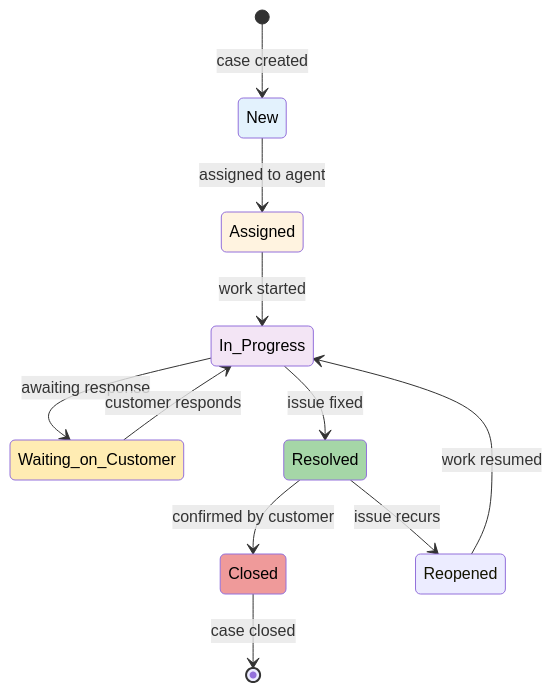
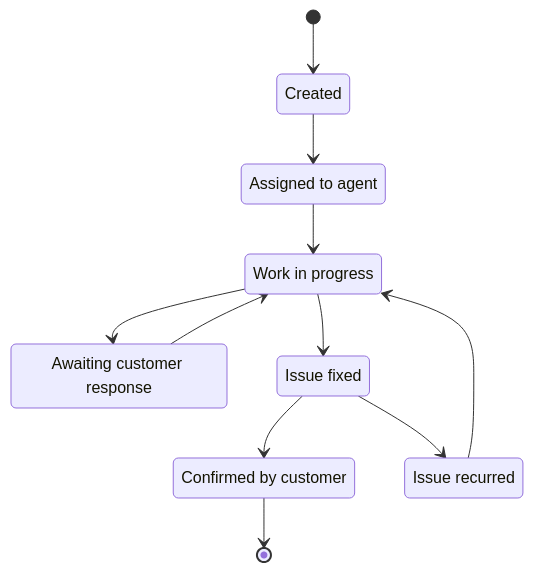
Before and after one commit to eltonaguiar/ServiceNow_Learning_TSOM-_CSM_FSM_SalesCRM_HAM_ITSM: the sixth of 7 diagrams in docs/modules/sales-crm/sales-crm-guide.md, drawn with Mermaid. The commit also changed other lines of this file, not shown here.

Commit message:
Fix stateDiagram-v2 syntax in Diagram 1 and Diagram 6

````diff
--- a/docs/modules/sales-crm/sales-crm-guide.md
+++ b/docs/modules/sales-crm/sales-crm-guide.md
@@ -665,20 +685,21 @@
 ```mermaid
 stateDiagram-v2
-    [*] --> New : case created
-    New --> Assigned : assigned to agent
-    Assigned --> In_Progress : work started
-    In_Progress --> Waiting_on_Customer : awaiting response
-    Waiting_on_Customer --> In_Progress : customer responds
-    In_Progress --> Resolved : issue fixed
-    Resolved --> Closed : confirmed by customer
-    Resolved --> Reopened : issue recurs
-    Reopened --> In_Progress : work resumed
-    Closed --> [*] : case closed
+    [*] --> New
+    New --> Assigned
+    Assigned --> In_Progress
+    In_Progress --> Waiting_on_Customer
+    Waiting_on_Customer --> In_Progress
+    In_Progress --> Resolved
+    Resolved --> Closed
+    Resolved --> Reopened
+    Reopened --> In_Progress
+    Closed --> [*]
 
-    style New fill:#e3f2fd,color:#000
-    style Assigned fill:#fff3e0,color:#000
-    style In_Progress fill:#f3e5f5,color:#000
-    style Waiting_on_Customer fill:#ffecb3,color:#000
-    style Resolved fill:#a5d6a7,color:#000
-    style Closed fill:#ef9a9a,color:#000
+    New : Created
+    Assigned : Assigned to agent
+    In_Progress : Work in progress
+    Waiting_on_Customer : Awaiting customer response
+    Resolved : Issue fixed
+    Closed : Confirmed by customer
+    Reopened : Issue recurred
 ```
````
